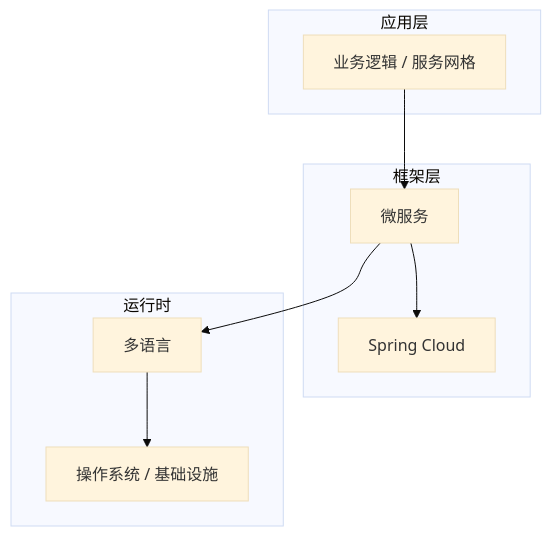
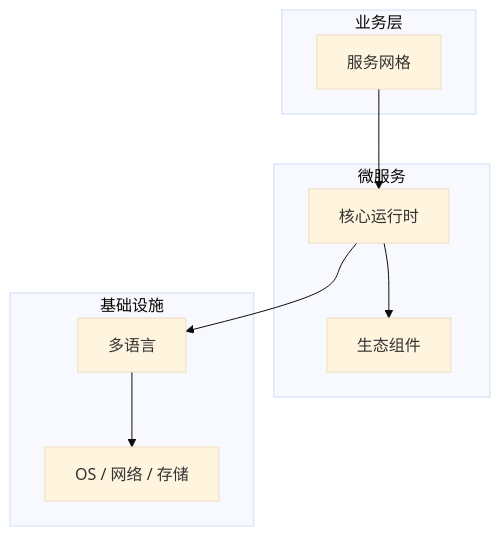
Before and after one commit to yanggan2015/knowledge-json-v2: the diagram in articles/微服务架构/chapters/100-服务网格核心概念与原理.md, drawn with Mermaid (base theme). The commit also changed other lines of this file and 10127 other files, not shown here.

````diff
--- a/articles/微服务架构/chapters/100-服务网格核心概念与原理.md
+++ b/articles/微服务架构/chapters/100-服务网格核心概念与原理.md
@@ -45,18 +34,18 @@
 ```mermaid
 graph TB
-    subgraph 应用层
-        A[业务逻辑 / 服务网格]
+    subgraph 业务层
+        A[服务网格]
     end
-    subgraph 框架层
-        B[微服务]
-        C[Spring Cloud]
+    subgraph 微服务
+        B[核心运行时]
+        C[生态组件]
     end
-    subgraph 运行时
+    subgraph 基础设施
         D[多语言]
-        E[操作系统 / 基础设施]
+        E[OS / 网络 / 存储]
     end
     A --> B
     B --> C
     B --> D
     D --> E
 ```
````
